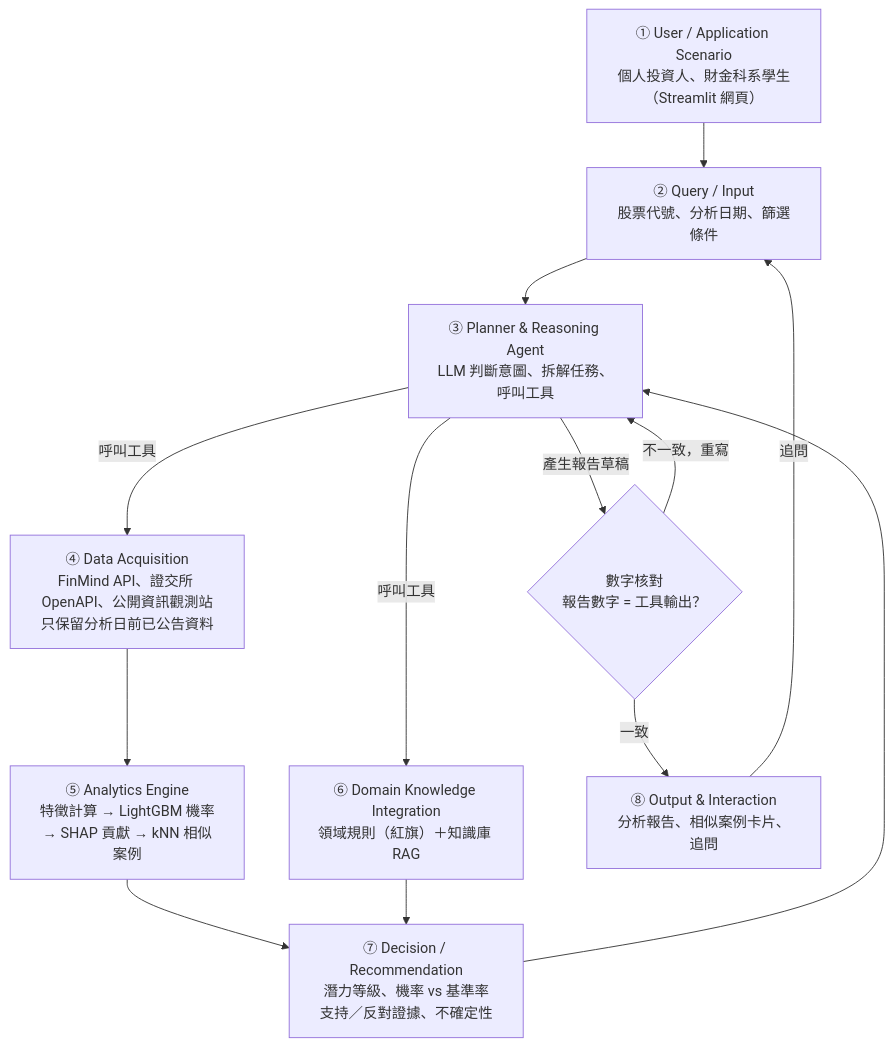
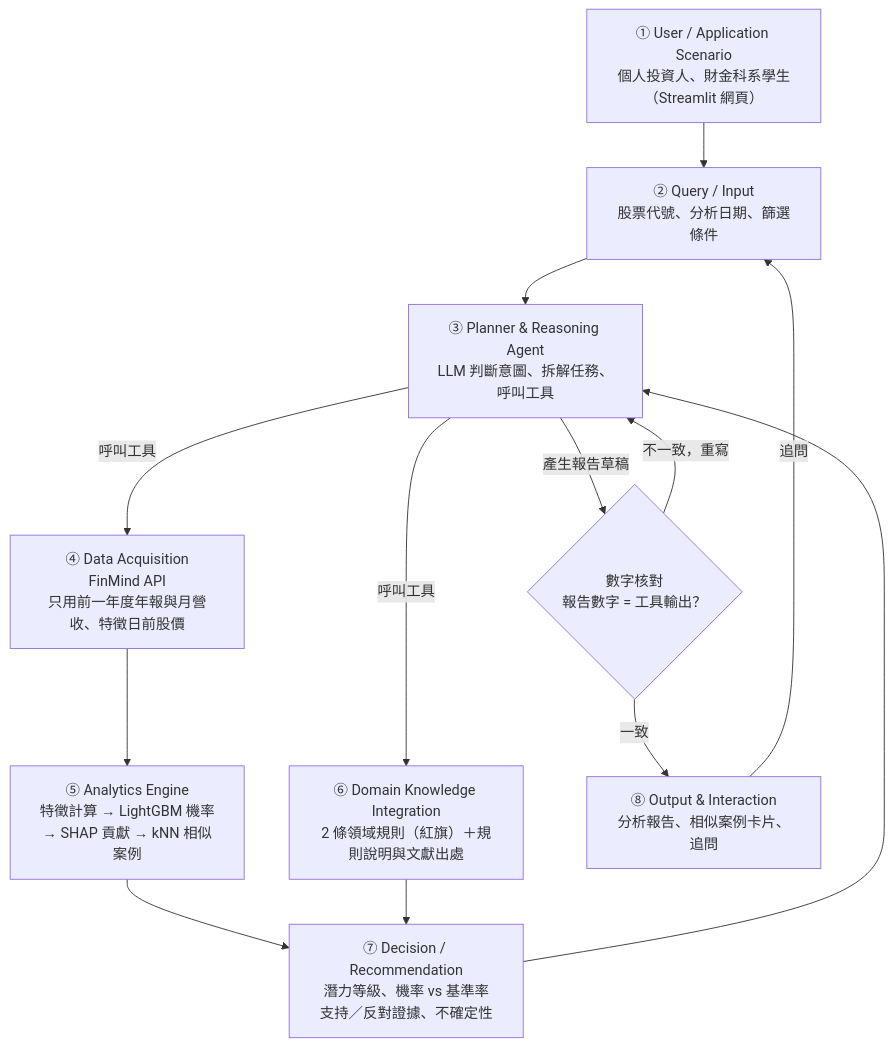
Before and after one commit to yui000130/AIoT-FinalProject: the diagram in DESIGN.md, drawn with Mermaid. The commit also changed other lines of this file and 4 other files, not shown here.

````diff
--- a/DESIGN.md
+++ b/DESIGN.md
@@ -76,23 +80,23 @@
 ```mermaid
 flowchart TD
     U["① User / Application Scenario<br/>個人投資人、財金科系學生<br/>（Streamlit 網頁）"]
     Q["② Query / Input<br/>股票代號、分析日期、篩選條件"]
     P["③ Planner & Reasoning Agent<br/>LLM 判斷意圖、拆解任務、呼叫工具"]
-    D["④ Data Acquisition<br/>FinMind API、證交所 OpenAPI、公開資訊觀測站<br/>只保留分析日前已公告資料"]
+    D["④ Data Acquisition<br/>FinMind API<br/>只用前一年度年報與月營收、特徵日前股價"]
     A["⑤ Analytics Engine<br/>特徵計算 → LightGBM 機率<br/>→ SHAP 貢獻 → kNN 相似案例"]
-    K["⑥ Domain Knowledge Integration<br/>領域規則（紅旗）＋知識庫 RAG"]
+    K["⑥ Domain Knowledge Integration<br/>2 條領域規則（紅旗）＋規則說明與文獻出處"]
     R["⑦ Decision / Recommendation<br/>潛力等級、機率 vs 基準率<br/>支持／反對證據、不確定性"]
     O["⑧ Output & Interaction<br/>分析報告、相似案例卡片、追問"]
     V{"數字核對<br/>報告數字 = 工具輸出？"}
 
     U --> Q --> P
     P -->|呼叫工具| D --> A
     P -->|呼叫工具| K
     A --> R
     K --> R
     R --> P
     P -->|產生報告草稿| V
     V -->|一致| O
     V -->|不一致，重寫| P
     O -->|追問| Q
 ```
````
